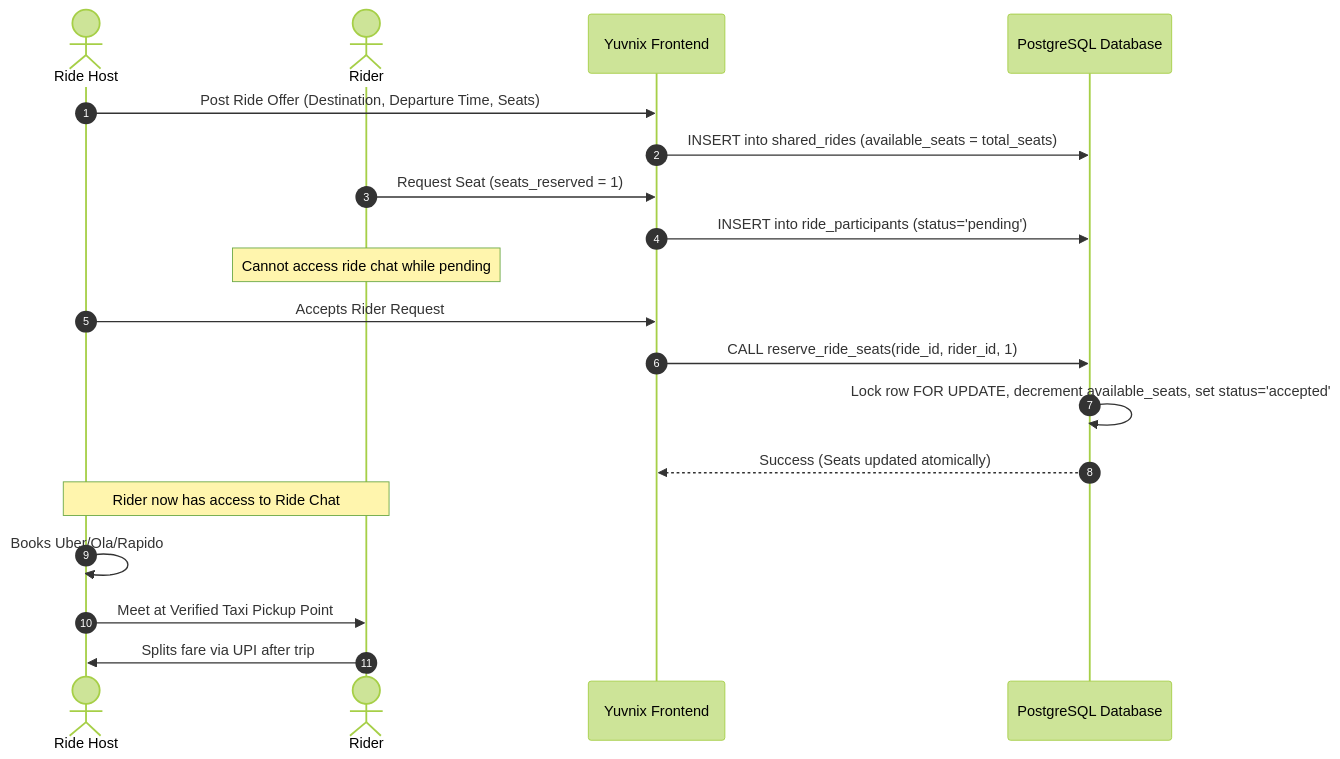
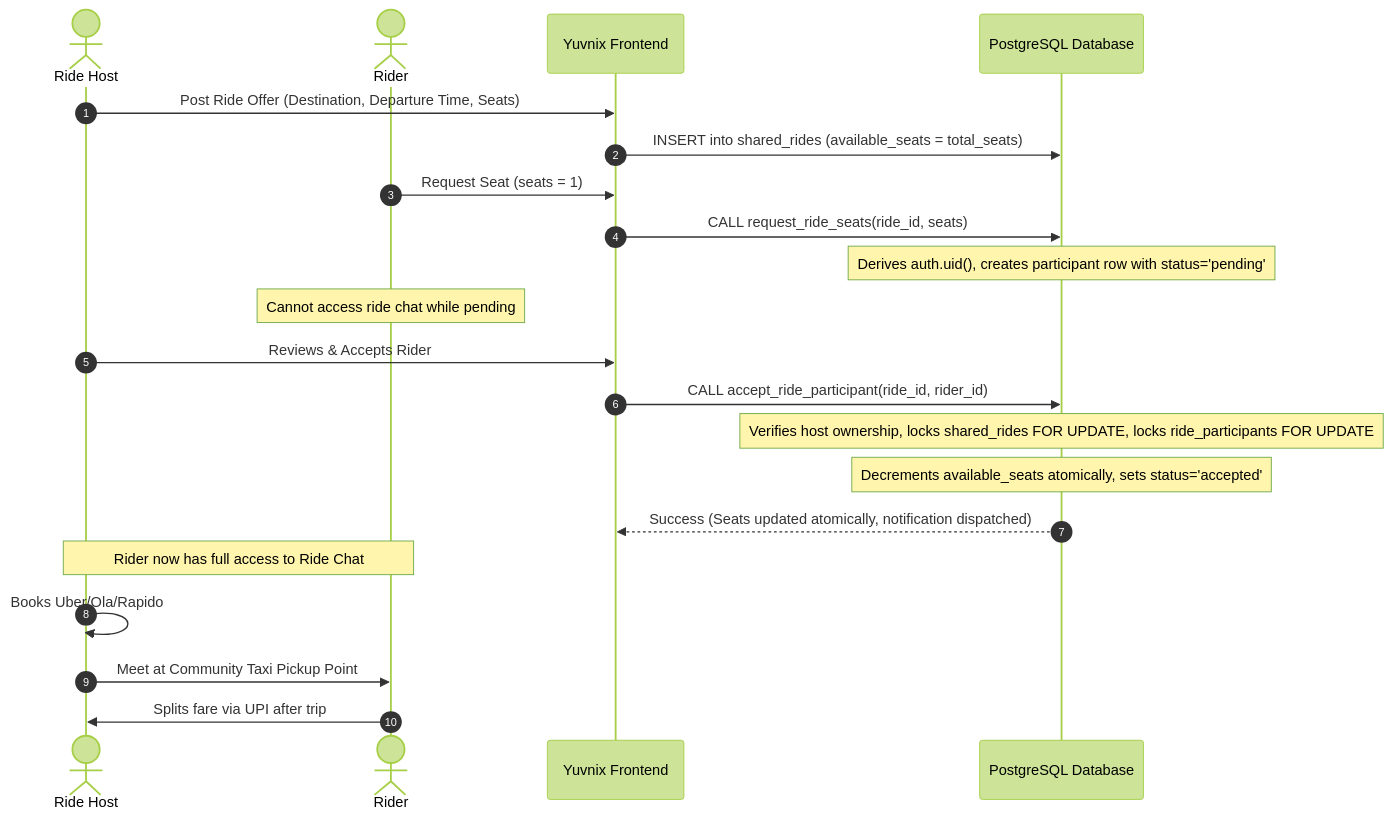
The third of 3 diagrams in docs/PRODUCT_SPEC.md (savanmalani12-sketch/Yuvnix), drawn with Mermaid (forest theme) before and after one commit. The commit also changed other lines of this file and 1 other file, not shown here.

Commit message:
docs(architecture): complete security audit remediation for v3.0 certified specification

````diff
--- a/docs/PRODUCT_SPEC.md
+++ b/docs/PRODUCT_SPEC.md
@@ -145,22 +159,24 @@
 ```mermaid
 sequenceDiagram
     autonumber
     actor Host as Ride Host
     actor Rider as Rider
     participant App as Yuvnix Frontend
     participant DB as PostgreSQL Database
     
     Host->>App: Post Ride Offer (Destination, Departure Time, Seats)
     App->>DB: INSERT into shared_rides (available_seats = total_seats)
-    Rider->>App: Request Seat (seats_reserved = 1)
-    App->>DB: INSERT into ride_participants (status='pending')
+    Rider->>App: Request Seat (seats = 1)
+    App->>DB: CALL request_ride_seats(ride_id, seats)
+    Note over DB: Derives auth.uid(), creates participant row with status='pending'
     Note over Rider: Cannot access ride chat while pending
-    Host->>App: Accepts Rider Request
-    App->>DB: CALL reserve_ride_seats(ride_id, rider_id, 1)
-    DB->>DB: Lock row FOR UPDATE, decrement available_seats, set status='accepted'
-    DB-->>App: Success (Seats updated atomically)
-    Note over Host,Rider: Rider now has access to Ride Chat
+    Host->>App: Reviews & Accepts Rider
+    App->>DB: CALL accept_ride_participant(ride_id, rider_id)
+    Note over DB: Verifies host ownership, locks shared_rides FOR UPDATE, locks ride_participants FOR UPDATE
+    Note over DB: Decrements available_seats atomically, sets status='accepted'
+    DB-->>App: Success (Seats updated atomically, notification dispatched)
+    Note over Host,Rider: Rider now has full access to Ride Chat
     Host->>Host: Books Uber/Ola/Rapido
-    Host->>Rider: Meet at Verified Taxi Pickup Point
+    Host->>Rider: Meet at Community Taxi Pickup Point
     Rider->>Host: Splits fare via UPI after trip
 ```
````
